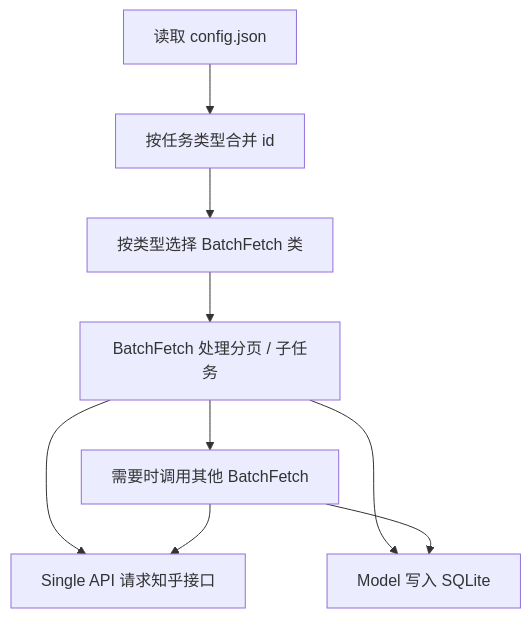
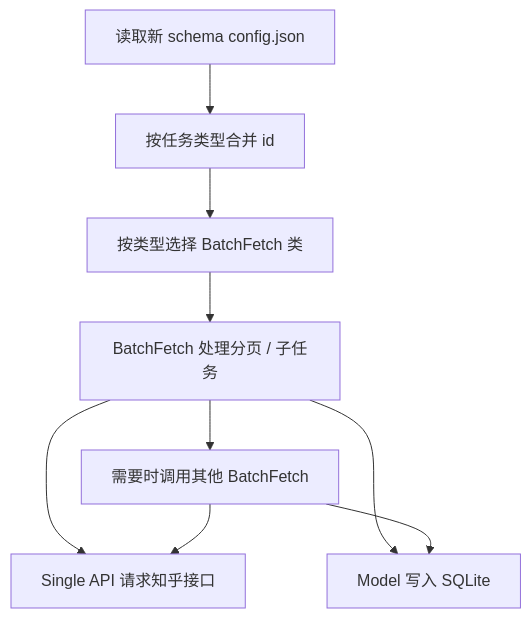
The third of 4 diagrams in doc/项目架构与工作流.md (YaoZeyuan/zhihuhelp), drawn with Mermaid before and after one commit. The commit also changed other lines of this file and 34 other files, not shown here.

````diff
--- a/doc/项目架构与工作流.md
+++ b/doc/项目架构与工作流.md
@@ -177,11 +176,11 @@
 ```mermaid
 flowchart TD
-  A["读取 config.json"] --> B["按任务类型合并 id"]
+  A["读取新 schema config.json"] --> B["按任务类型合并 id"]
   B --> C["按类型选择 BatchFetch 类"]
   C --> D["BatchFetch 处理分页 / 子任务"]
   D --> E["Single API 请求知乎接口"]
   D --> F["Model 写入 SQLite"]
   D --> G["需要时调用其他 BatchFetch"]
   G --> E
   G --> F
 ```
````
